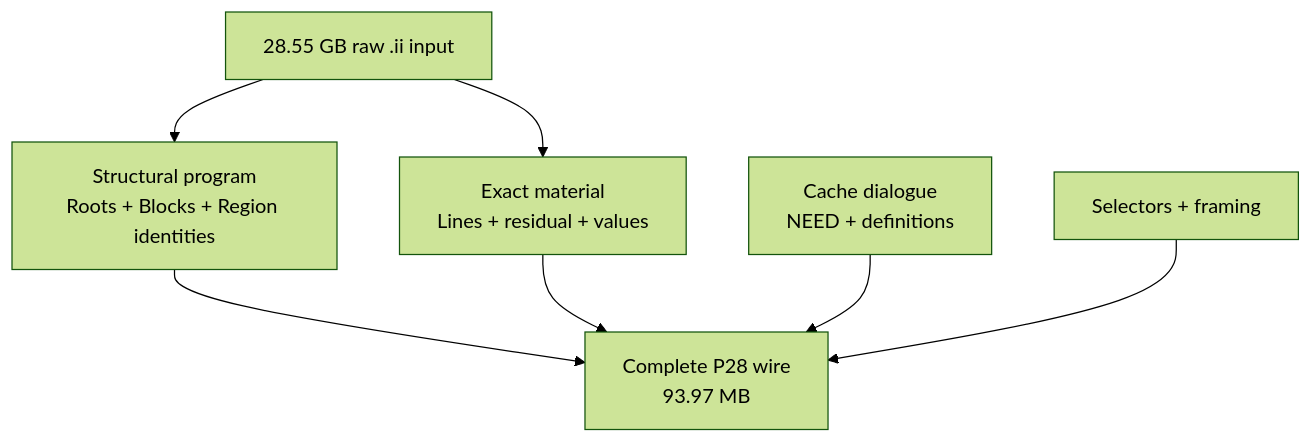
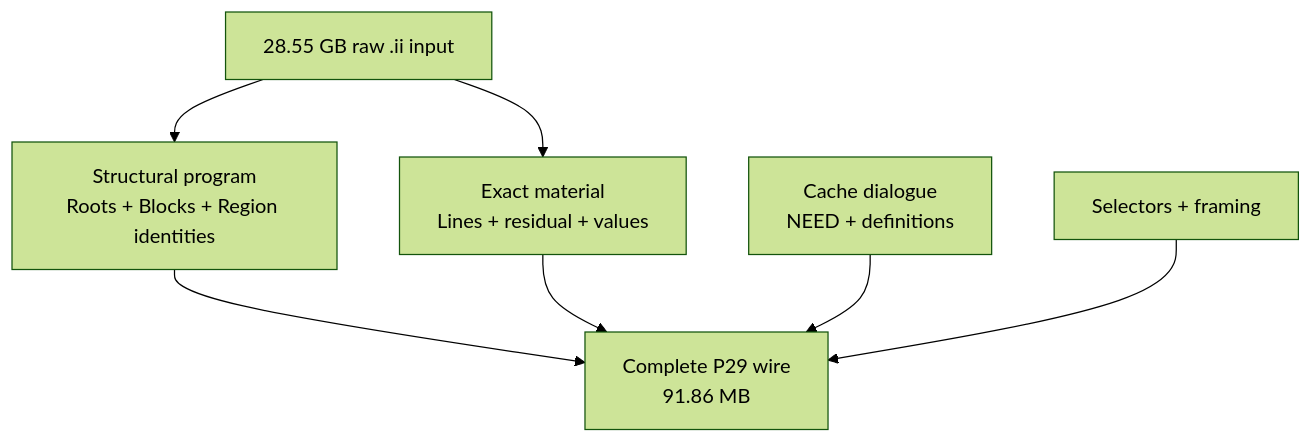
One commit to mickg10/icecream changed the ninth of 10 diagrams in linecache/CODEC-PREDICTOR-ENTROPY-REFERENCE.md. Above: the diagram before and after it, drawn with Mermaid (forest theme). The commit also changed other lines of this file and 8 other files, not shown here.

````diff
--- a/linecache/CODEC-PREDICTOR-ENTROPY-REFERENCE.md
+++ b/linecache/CODEC-PREDICTOR-ENTROPY-REFERENCE.md
@@ -947,16 +949,16 @@
 ```mermaid
 flowchart TB
     RAW[28.55 GB raw .ii input]
     STRUCT[Structural program<br/>Roots + Blocks + Region identities]
     MATERIAL[Exact material<br/>Lines + residual + values]
     DIALOGUE[Cache dialogue<br/>NEED + definitions]
     FRAME[Selectors + framing]
-    TOTAL[Complete P28 wire<br/>93.97 MB]
+    TOTAL[Complete P29 wire<br/>91.86 MB]
 
     RAW --> STRUCT
     RAW --> MATERIAL
     STRUCT --> TOTAL
     MATERIAL --> TOTAL
     DIALOGUE --> TOTAL
     FRAME --> TOTAL
 ```
````
